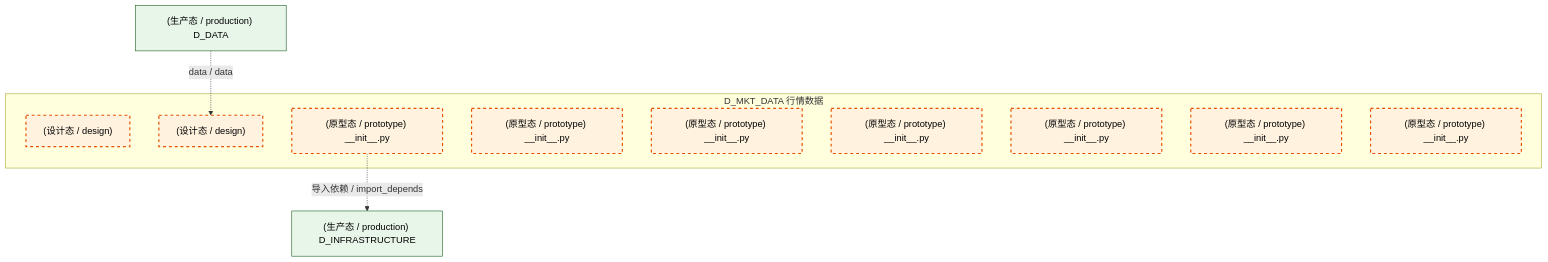
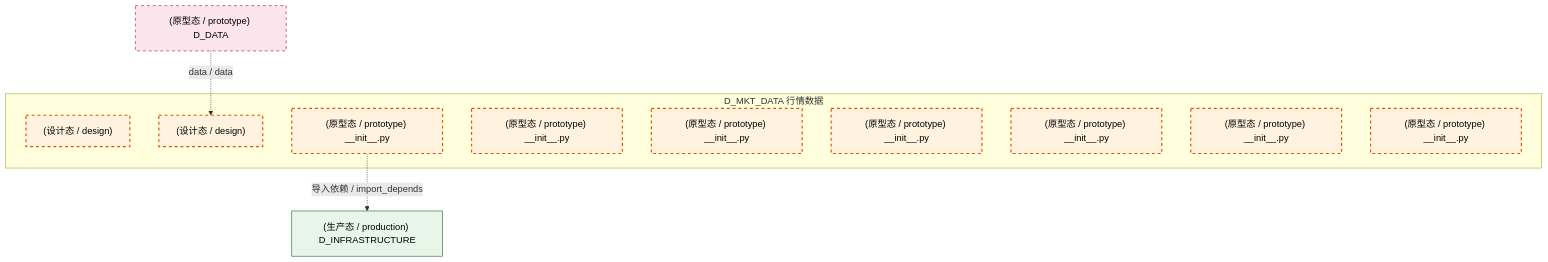
Before and after one commit to xuanFelixVan/ZephyrAlpha: the first of 4 diagrams in docs/02_enterprise_architecture/02_domain_architecture_docs/20_d_mkt_data.md, drawn with Mermaid. The commit also changed other lines of this file and 103 other files, not shown here.

````diff
--- a/docs/02_enterprise_architecture/02_domain_architecture_docs/20_d_mkt_data.md
+++ b/docs/02_enterprise_architecture/02_domain_architecture_docs/20_d_mkt_data.md
@@ -71,24 +71,25 @@
 ```mermaid
 graph TD
     subgraph D_MKT_DATA["D_MKT_DATA 行情数据"]
         docs_03_modules_cross_layer_database_sub_blueprints_c1_market_clickhouse_md["(设计态 / design) "]
         docs_03_modules_domain_data_data_source_operation_manual_md["(设计态 / design) "]
         src_zephyr_market_data_init_py["(原型态 / prototype) __init__.py"]
         src_zephyr_market_data_extensions_init_py["(原型态 / prototype) __init__.py"]
         src_zephyr_market_data_api_init_py["(原型态 / prototype) __init__.py"]
         src_zephyr_market_data_core_init_py["(原型态 / prototype) __init__.py"]
         src_zephyr_market_data_infrastructure_init_py["(原型态 / prototype) __init__.py"]
         src_zephyr_market_data_models_init_py["(原型态 / prototype) __init__.py"]
         src_zephyr_market_data_services_init_py["(原型态 / prototype) __init__.py"]
     end
     D_INFRASTRUCTURE["(生产态 / production) D_INFRASTRUCTURE"]
     src_zephyr_market_data_init_py -.->|导入依赖 / import_depends| D_INFRASTRUCTURE
-    D_DATA["(生产态 / production) D_DATA"]
+    D_DATA["(原型态 / prototype) D_DATA"]
     D_DATA -.->|data / data| docs_03_modules_domain_data_data_source_operation_manual_md
     classDef production fill:#e1f5fe,stroke:#01579b,stroke-width:2px,color:#000
     classDef design fill:#fff3e0,stroke:#e65100,stroke-width:2px,color:#000,stroke-dasharray: 5 5
     classDef external_prod fill:#e8f5e9,stroke:#1b5e20,stroke-width:1px,color:#000
     classDef external_design fill:#fce4ec,stroke:#880e4f,stroke-width:1px,color:#000,stroke-dasharray: 5 5
     class docs_03_modules_cross_layer_database_sub_blueprints_c1_market_clickhouse_md,docs_03_modules_domain_data_data_source_operation_manual_md,src_zephyr_market_data_init_py,src_zephyr_market_data_extensions_init_py,src_zephyr_market_data_api_init_py,src_zephyr_market_data_core_init_py,src_zephyr_market_data_infrastructure_init_py,src_zephyr_market_data_models_init_py,src_zephyr_market_data_services_init_py design
-    class D_INFRASTRUCTURE,D_DATA external_prod
+    class D_INFRASTRUCTURE external_prod
+    class D_DATA external_design
 ```
````
